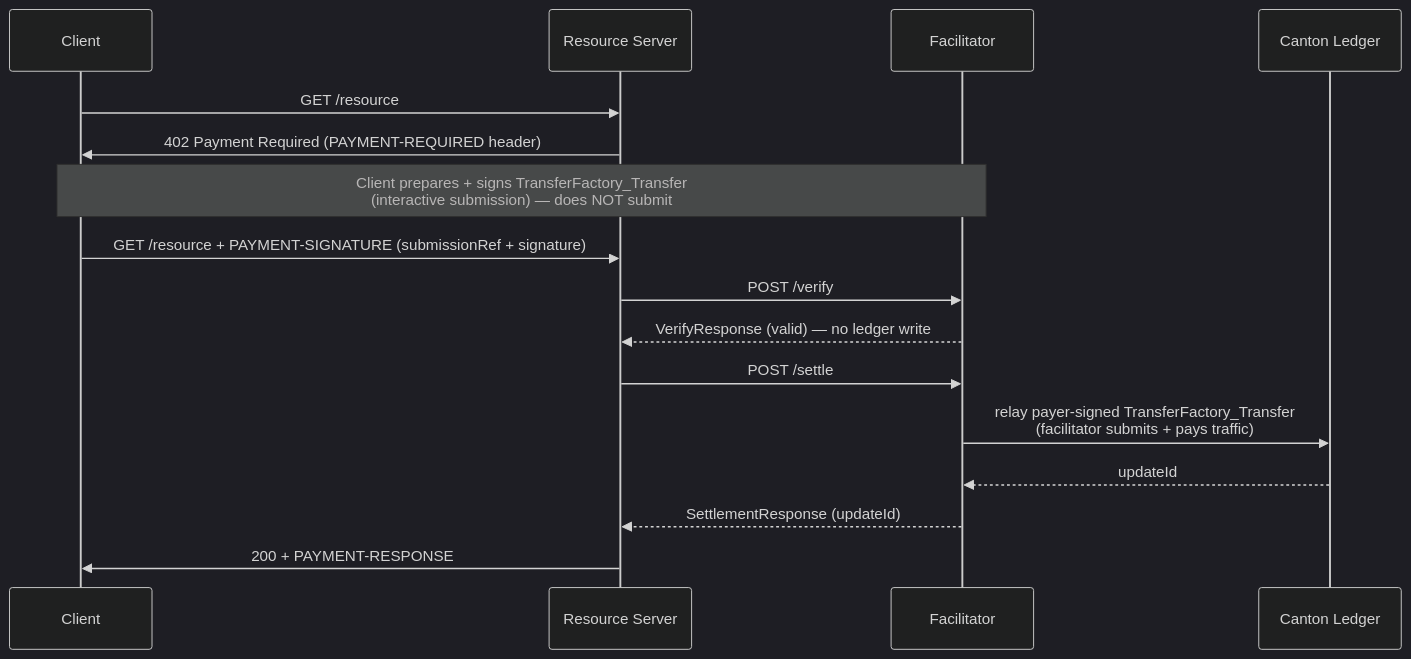
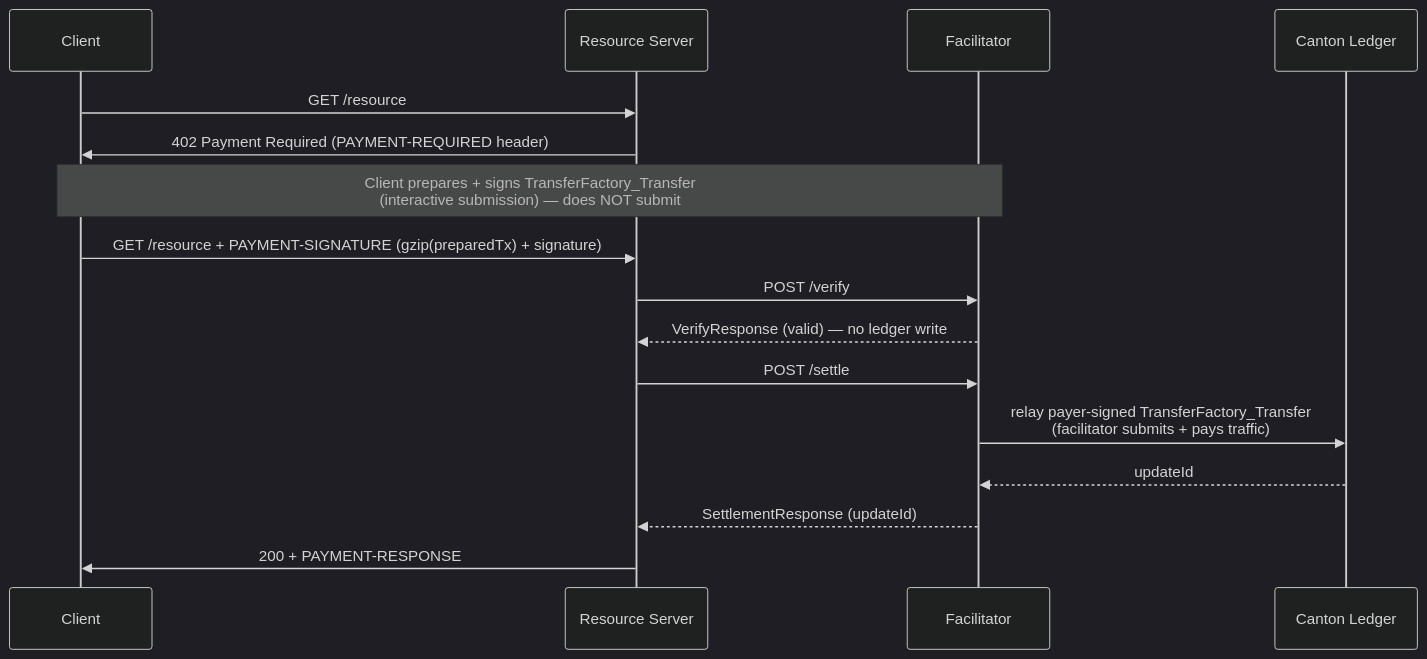
The diagram in specs/schemes/exact/scheme_exact_canton.md (Denend/x402), drawn with Mermaid (dark theme) before and after one commit. The commit also changed other lines of this file, not shown here.

````diff
--- a/specs/schemes/exact/scheme_exact_canton.md
+++ b/specs/schemes/exact/scheme_exact_canton.md
@@ -38,19 +44,19 @@
 ```mermaid
 sequenceDiagram
     participant C as Client
     participant R as Resource Server
     participant F as Facilitator
     participant L as Canton Ledger
 
     C->>R: GET /resource
     R->>C: 402 Payment Required (PAYMENT-REQUIRED header)
     note over C,F: Client prepares + signs TransferFactory_Transfer<br/>(interactive submission) — does NOT submit
-    C->>R: GET /resource + PAYMENT-SIGNATURE (submissionRef + signature)
+    C->>R: GET /resource + PAYMENT-SIGNATURE (gzip(preparedTx) + signature)
     R->>F: POST /verify
     F-->>R: VerifyResponse (valid) — no ledger write
     R->>F: POST /settle
     F->>L: relay payer-signed TransferFactory_Transfer<br/>(facilitator submits + pays traffic)
     L-->>F: updateId
     F-->>R: SettlementResponse (updateId)
     R->>C: 200 + PAYMENT-RESPONSE
 ```
````
